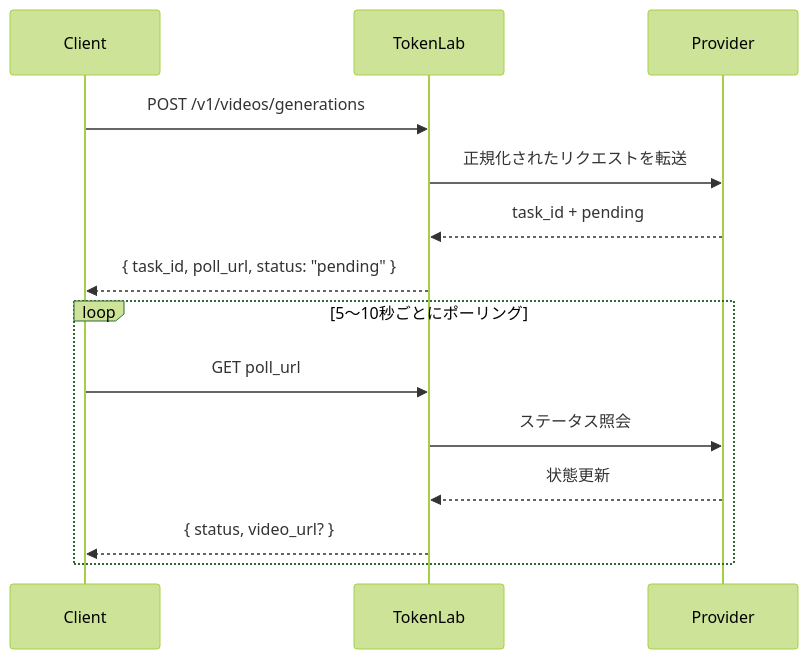
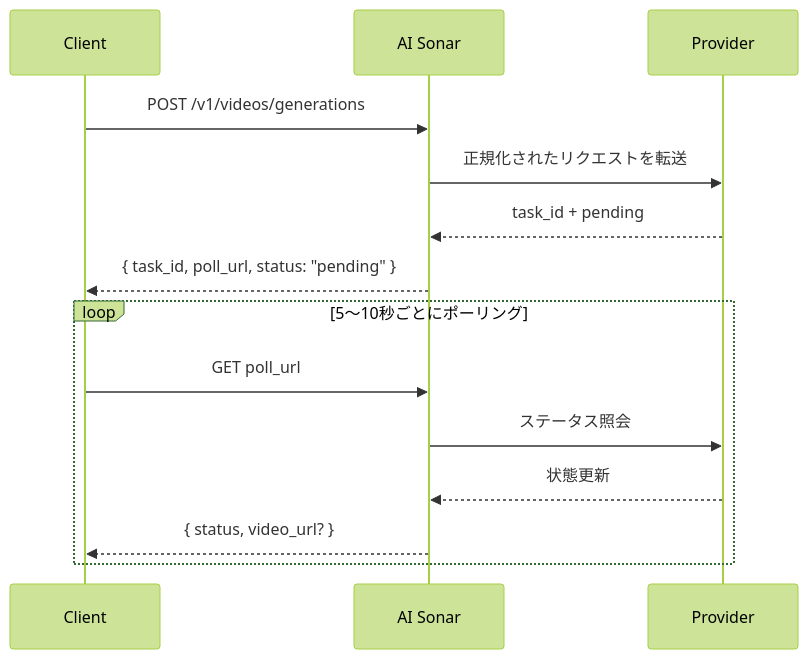
Before and after one commit to hedging8563/aisonar-docs: the diagram in ja/guides/video-generation.mdx, drawn with Mermaid (forest theme). The commit also changed other lines of this file and 1036 other files, not shown here.

````diff
--- a/ja/guides/video-generation.mdx
+++ b/ja/guides/video-generation.mdx
@@ -24,18 +24,18 @@
 ```mermaid
 sequenceDiagram
     participant Client
-    participant TokenLab
+    participant AI Sonar
     participant Provider
 
-    Client->>TokenLab: POST /v1/videos/generations
-    TokenLab->>Provider: 正規化されたリクエストを転送
-    Provider-->>TokenLab: task_id + pending
-    TokenLab-->>Client: { task_id, poll_url, status: "pending" }
+    Client->>AI Sonar: POST /v1/videos/generations
+    AI Sonar->>Provider: 正規化されたリクエストを転送
+    Provider-->>AI Sonar: task_id + pending
+    AI Sonar-->>Client: { task_id, poll_url, status: "pending" }
 
     loop 5〜10秒ごとにポーリング
-        Client->>TokenLab: GET poll_url
-        TokenLab->>Provider: ステータス照会
-        Provider-->>TokenLab: 状態更新
-        TokenLab-->>Client: { status, video_url? }
+        Client->>AI Sonar: GET poll_url
+        AI Sonar->>Provider: ステータス照会
+        Provider-->>AI Sonar: 状態更新
+        AI Sonar-->>Client: { status, video_url? }
     end
 ```
````
